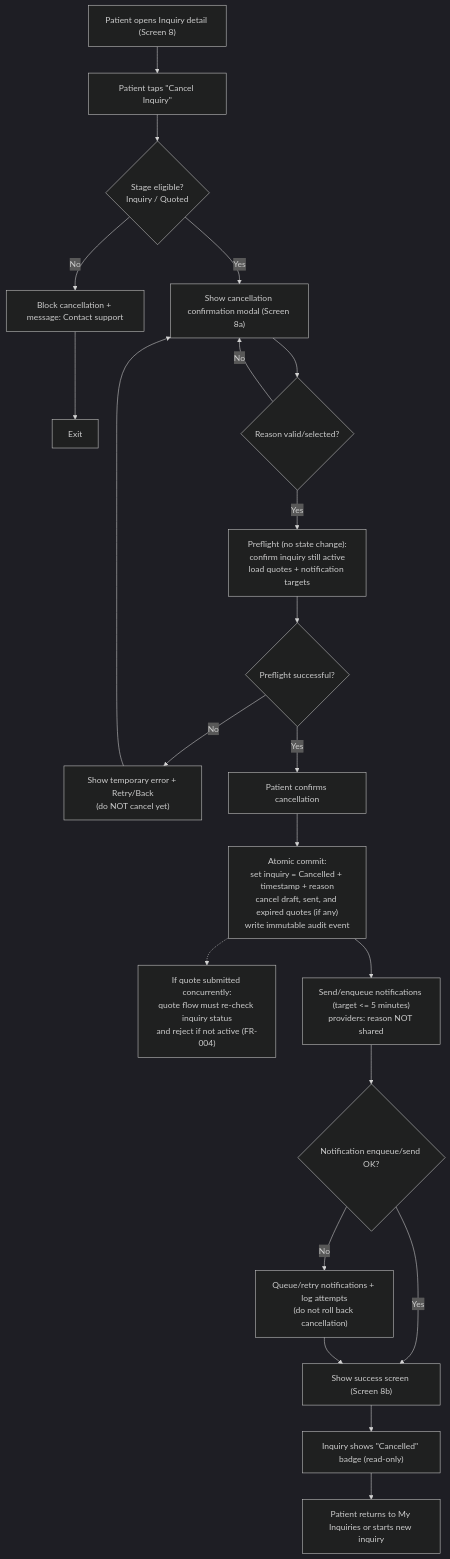
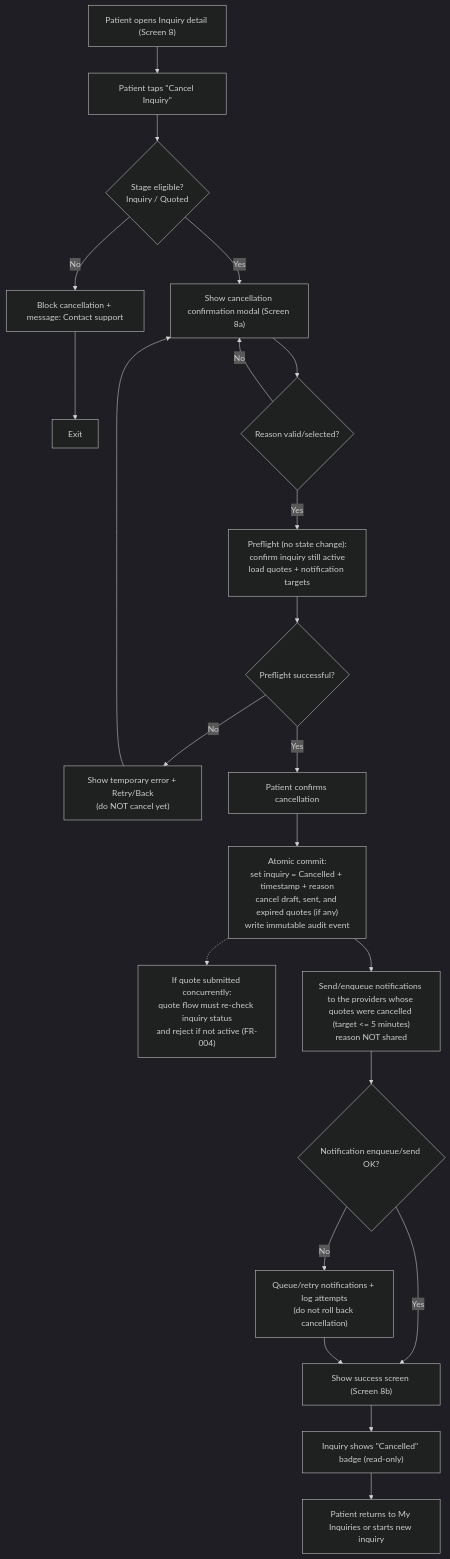
Before and after one commit to joachimtrungtuan/hairline-pm-docs: diagram 13 of 15 in project-requirements/functional-requirements/fr003-inquiry-submission/prd.md, drawn with Mermaid (dark theme). The commit also changed other lines of this file and 40 other files, not shown here.

````diff
--- a/project-requirements/functional-requirements/fr003-inquiry-submission/prd.md
+++ b/project-requirements/functional-requirements/fr003-inquiry-submission/prd.md
@@ -388,27 +388,27 @@
 ```mermaid
 flowchart TD
     Start["Patient opens Inquiry detail (Screen 8)"] --> Cancel["Patient taps &quot;Cancel Inquiry&quot;"]
     Cancel --> CheckStage{"Stage eligible?<br/>Inquiry / Quoted"}
 
     CheckStage -->|No| Block["Block cancellation + message: Contact support"] --> End1["Exit"]
     CheckStage -->|Yes| Modal["Show cancellation confirmation modal (Screen 8a)"]
 
     Modal --> ReasonOk{"Reason valid/selected?"}
     ReasonOk -->|No| Modal
     ReasonOk -->|Yes| Preflight["Preflight (no state change):<br/>confirm inquiry still active<br/>load quotes + notification targets"]
 
     Preflight --> PreflightOk{"Preflight successful?"}
     PreflightOk -->|No| PreflightErr["Show temporary error + Retry/Back<br/>(do NOT cancel yet)"] --> Modal
     PreflightOk -->|Yes| Confirm["Patient confirms cancellation"]
 
     Confirm --> Commit["Atomic commit:<br/>set inquiry = Cancelled + timestamp + reason<br/>cancel draft, sent, and expired quotes (if any)<br/>write immutable audit event"]
     Commit -.-> Race["If quote submitted concurrently:<br/>quote flow must re-check inquiry status<br/>and reject if not active (FR-004)"]
 
-    Commit --> Notify["Send/enqueue notifications (target &lt;= 5 minutes)<br/>providers: reason NOT shared"]
+    Commit --> Notify["Send/enqueue notifications to the providers whose quotes were cancelled (target &lt;= 5 minutes)<br/>reason NOT shared"]
     Notify --> NotifyOk{"Notification enqueue/send OK?"}
     NotifyOk -->|Yes| Success["Show success screen (Screen 8b)"]
     NotifyOk -->|No| NotifyFallback["Queue/retry notifications + log attempts<br/>(do not roll back cancellation)"] --> Success
 
     Success --> ReadOnly["Inquiry shows &quot;Cancelled&quot; badge (read-only)"]
     ReadOnly --> End2["Patient returns to My Inquiries or starts new inquiry"]
 ```
````
